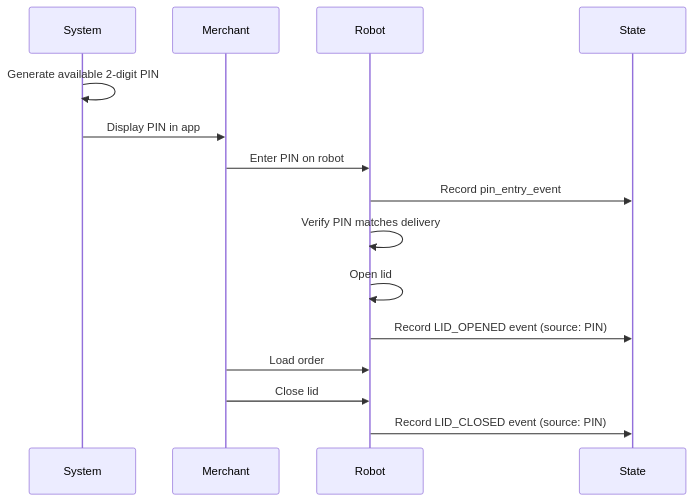
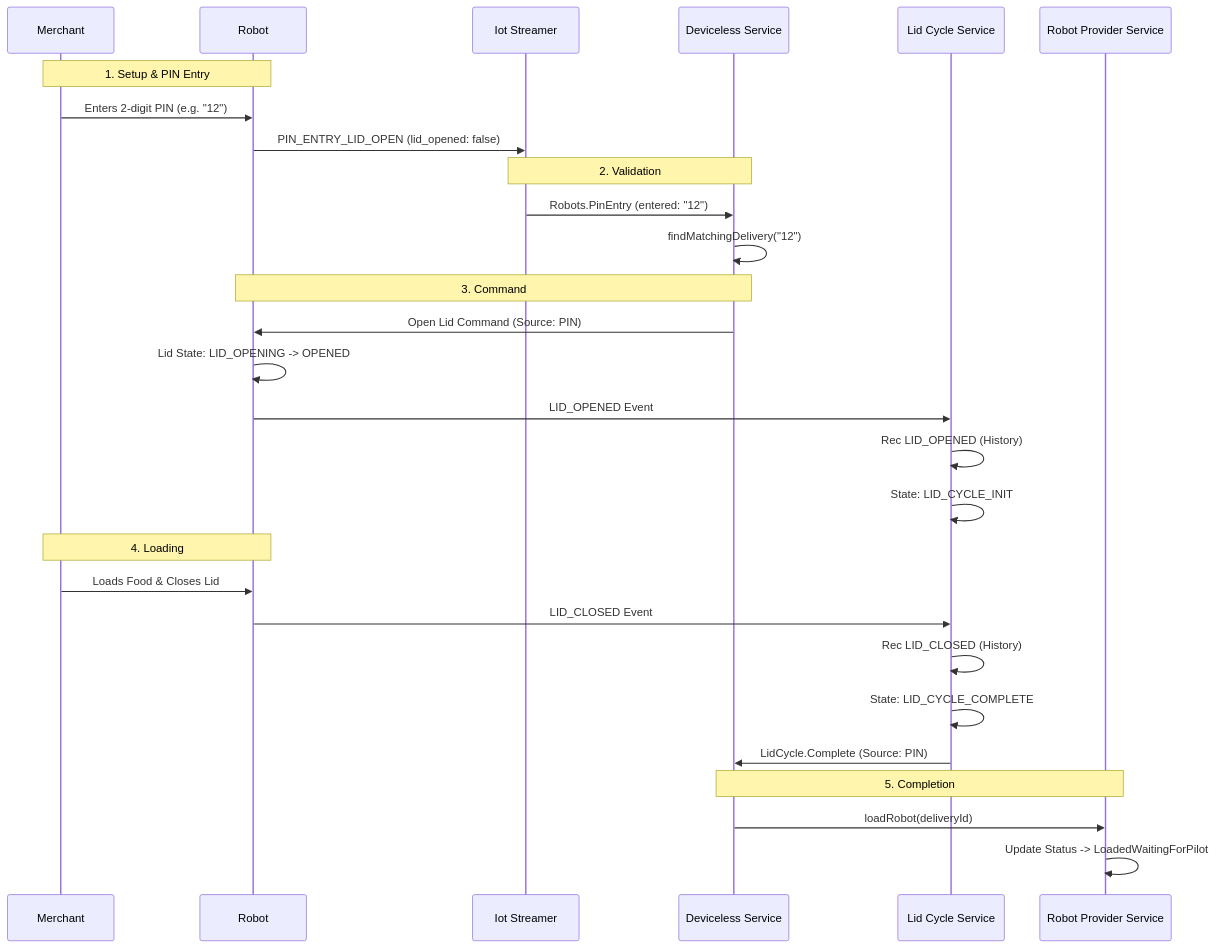
Before and after one commit to jeremieshaker-coco/obsidian: the first of 3 diagrams in reference/Deviceless PIN Flow.md, drawn with Mermaid. The commit also changed other lines of this file and 41 other files, not shown here.

````diff
--- a/reference/Deviceless PIN Flow.md
+++ b/reference/Deviceless PIN Flow.md
@@ -17,18 +21,35 @@
 ```mermaid
 sequenceDiagram
-    participant System
     participant Merchant
     participant Robot
-    participant State
+    participant IotStreamer as Iot Streamer
+    participant Deviceless as Deviceless Service
+    participant LidCycle as Lid Cycle Service
+    participant Provider as Robot Provider Service
+
+    Note over Merchant, Robot: 1. Setup & PIN Entry
+    Merchant->>Robot: Enters 2-digit PIN (e.g. "12")
+    Robot->>IotStreamer: PIN_ENTRY_LID_OPEN (lid_opened: false)
     
-    System->>System: Generate available 2-digit PIN
-    System->>Merchant: Display PIN in app
-    Merchant->>Robot: Enter PIN on robot
-    Robot->>State: Record pin_entry_event
-    Robot->>Robot: Verify PIN matches delivery
-    Robot->>Robot: Open lid
-    Robot->>State: Record LID_OPENED event (source: PIN)
-    Merchant->>Robot: Load order
-    Merchant->>Robot: Close lid
-    Robot->>State: Record LID_CLOSED event (source: PIN)
+    Note over IotStreamer, Deviceless: 2. Validation
+    IotStreamer->>Deviceless: Robots.PinEntry (entered: "12")
+    Deviceless->>Deviceless: findMatchingDelivery("12")
+    
+    Note over Deviceless, Robot: 3. Command
+    Deviceless->>Robot: Open Lid Command (Source: PIN)
+    Robot->>Robot: Lid State: LID_OPENING -> OPENED
+    Robot->>LidCycle: LID_OPENED Event
+    LidCycle->>LidCycle: Rec LID_OPENED (History)
+    LidCycle->>LidCycle: State: LID_CYCLE_INIT
+    
+    Note over Merchant, Robot: 4. Loading
+    Merchant->>Robot: Loads Food & Closes Lid
+    Robot->>LidCycle: LID_CLOSED Event
+    LidCycle->>LidCycle: Rec LID_CLOSED (History)
+    LidCycle->>LidCycle: State: LID_CYCLE_COMPLETE
+    LidCycle->>Deviceless: LidCycle.Complete (Source: PIN)
+    
+    Note over Deviceless, Provider: 5. Completion
+    Deviceless->>Provider: loadRobot(deliveryId)
+    Provider->>Provider: Update Status -> LoadedWaitingForPilot
 ```
````
